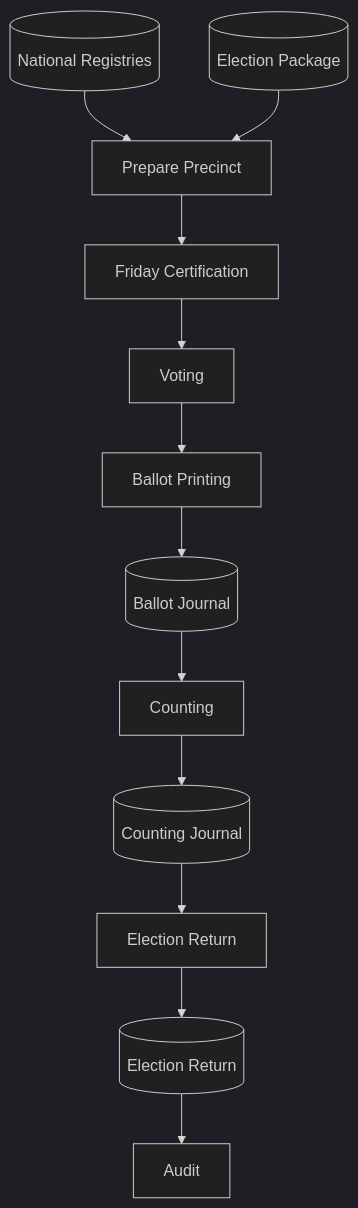
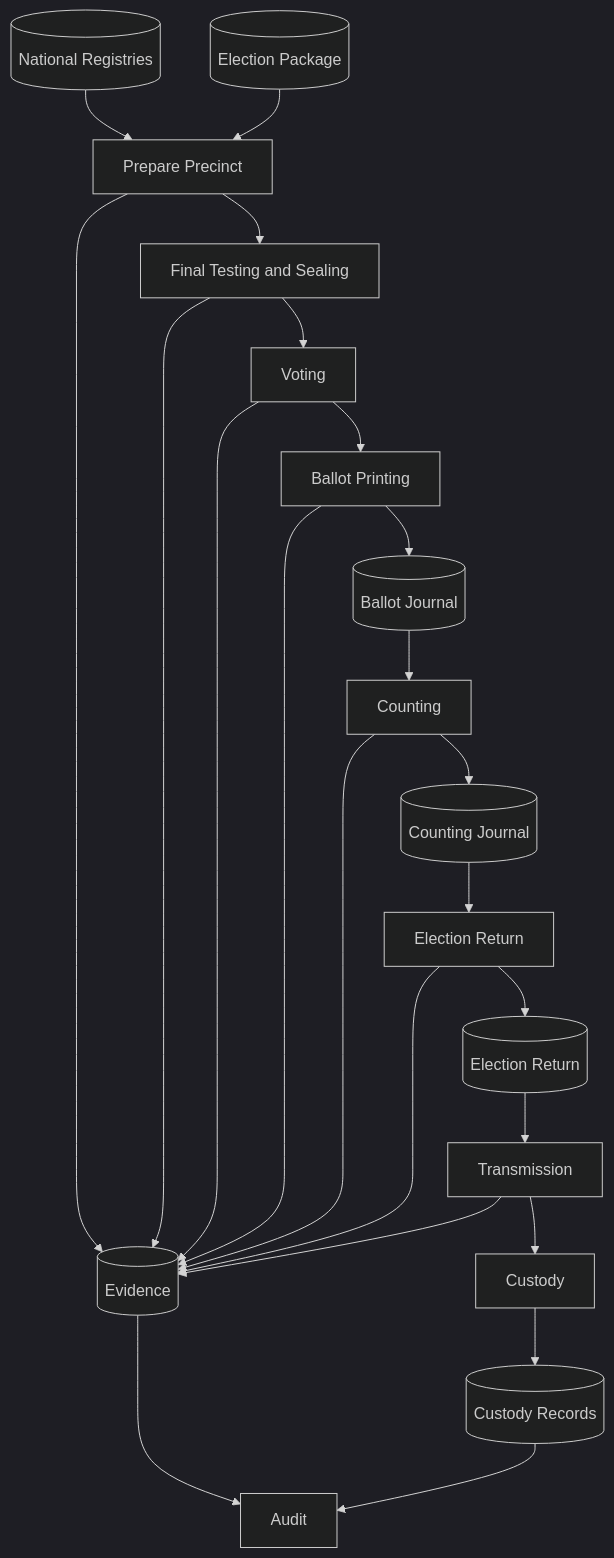
The second of 12 diagrams in docs/SYSTEM_ANALYSIS.md (3neti/aes), drawn with Mermaid (dark theme) before and after one commit. The commit also changed other lines of this file and 16 other files, not shown here.

Commit message:
feat: implement transmission and custody slice infrastructure

````diff
--- a/docs/SYSTEM_ANALYSIS.md
+++ b/docs/SYSTEM_ANALYSIS.md
@@ -52,48 +52,70 @@
 ```mermaid
 flowchart TD
 
     P1[Prepare Precinct]
 
-    P2[Friday Certification]
+    P2[Final Testing and Sealing]
 
     P3[Voting]
 
     P4[Ballot Printing]
 
     P5[Counting]
 
     P6[Election Return]
 
-    P7[Audit]
+    P7[Transmission]
+
+    P8[Custody]
+
+    P9[Audit]
 
     D1[(National Registries)]
 
     D2[(Election Package)]
 
     D3[(Ballot Journal)]
 
     D4[(Counting Journal)]
 
     D5[(Election Return)]
+
+    D6[(Evidence)]
+
+    D7[(Custody Records)]
 
     D1 --> P1
     D2 --> P1
 
     P1 --> P2
 
     P2 --> P3
 
     P3 --> P4
 
     P4 --> D3
 
     D3 --> P5
 
     P5 --> D4
 
     D4 --> P6
 
     P6 --> D5
 
     D5 --> P7
+
+    P1 --> D6
+    P2 --> D6
+    P3 --> D6
+    P4 --> D6
+    P5 --> D6
+    P6 --> D6
+    P7 --> D6
+
+    P7 --> P8
+    P8 --> D7
+
+    D6 --> P9
+    D7 --> P9
 ```
````
